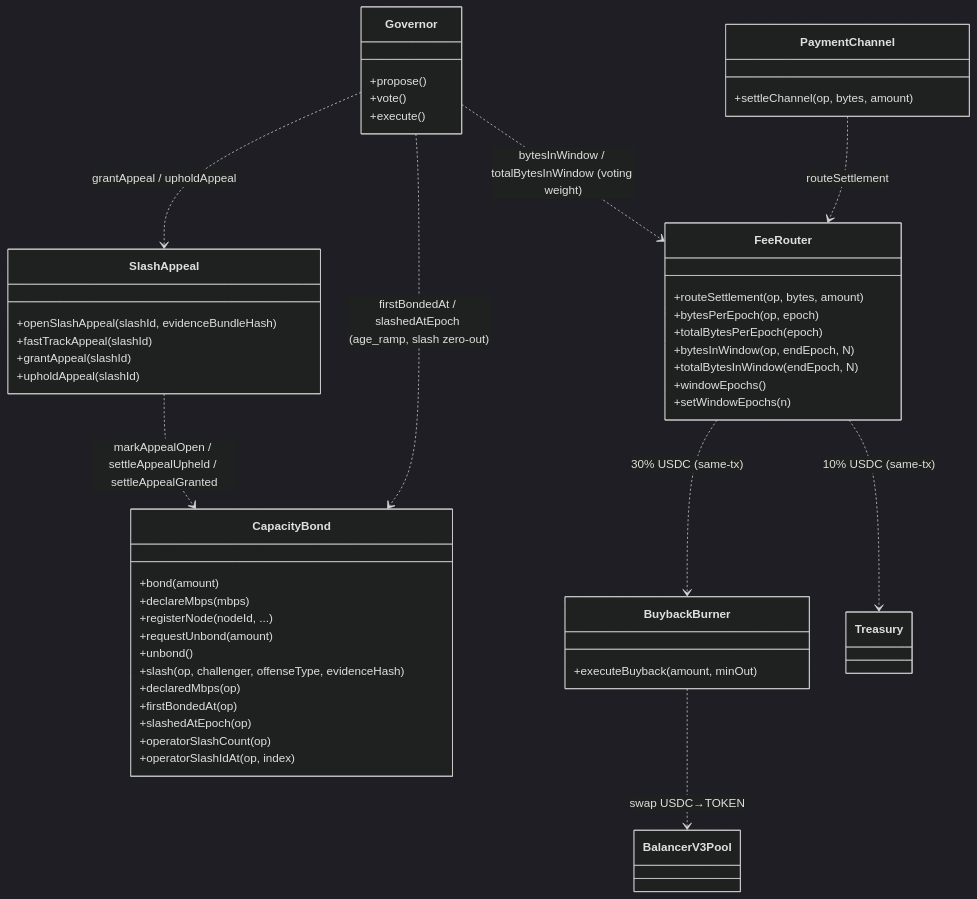
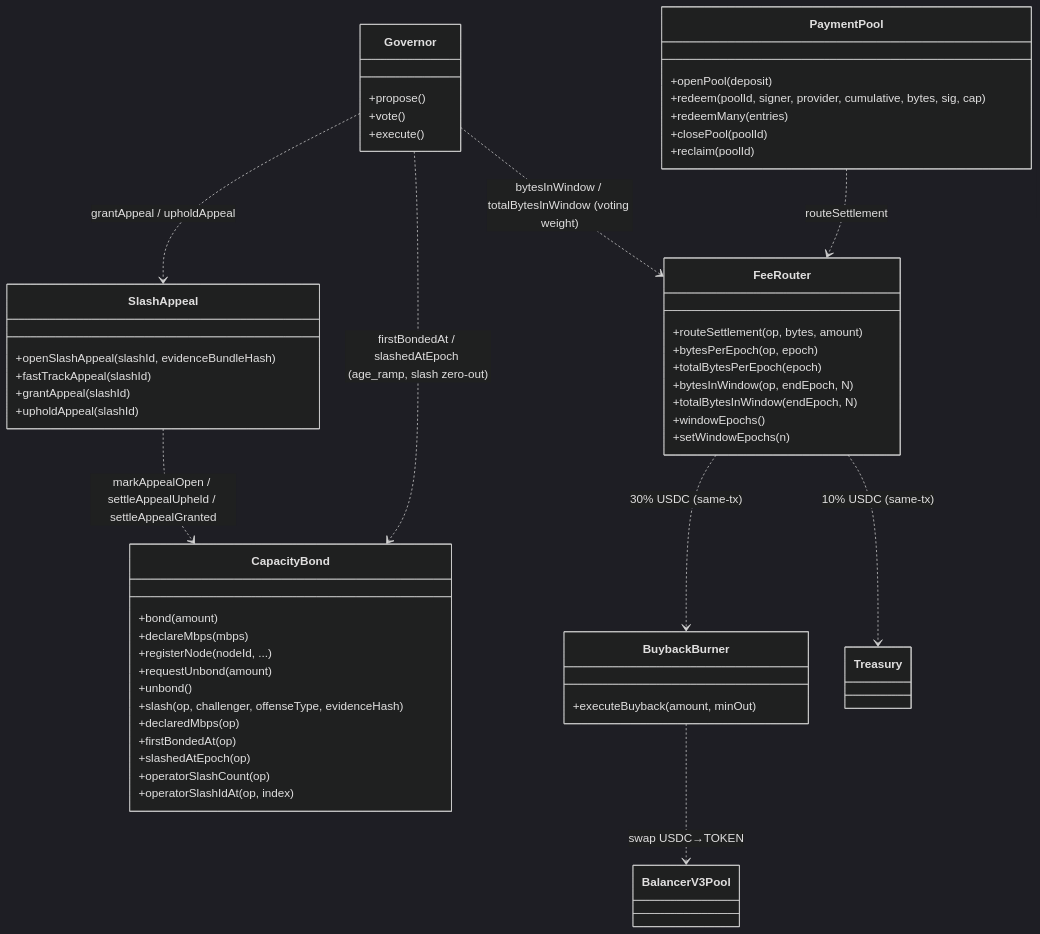
One commit to decdn/decdn changed the first of 5 diagrams in adr/016-contract-interactions.md. Above: the diagram before and after it, drawn with Mermaid (dark theme). The commit also changed other lines of this file and 29 other files, not shown here.

First line of the commit message:
docs(adr): adopt shared payment pool over pairwise channels (#1650)

````diff
--- a/adr/016-contract-interactions.md
+++ b/adr/016-contract-interactions.md
@@ -41,53 +41,57 @@
 ```mermaid
 classDiagram
-    class PaymentChannel {
-        +settleChannel(op, bytes, amount)
+    class PaymentPool {
+        +openPool(deposit)
+        +redeem(poolId, signer, provider, cumulative, bytes, sig, cap)
+        +redeemMany(entries)
+        +closePool(poolId)
+        +reclaim(poolId)
     }
     class FeeRouter {
         +routeSettlement(op, bytes, amount)
         +bytesPerEpoch(op, epoch)
         +totalBytesPerEpoch(epoch)
         +bytesInWindow(op, endEpoch, N)
         +totalBytesInWindow(endEpoch, N)
         +windowEpochs()
         +setWindowEpochs(n)
     }
     class CapacityBond {
         +bond(amount)
         +declareMbps(mbps)
         +registerNode(nodeId, ...)
         +requestUnbond(amount)
         +unbond()
         +slash(op, challenger, offenseType, evidenceHash)
         +declaredMbps(op)
         +firstBondedAt(op)
         +slashedAtEpoch(op)
         +operatorSlashCount(op)
         +operatorSlashIdAt(op, index)
     }
     class BuybackBurner {
         +executeBuyback(amount, minOut)
     }
     class SlashAppeal {
         +openSlashAppeal(slashId, evidenceBundleHash)
         +fastTrackAppeal(slashId)
         +grantAppeal(slashId)
         +upholdAppeal(slashId)
     }
     class Governor {
         +propose()
         +vote()
         +execute()
     }
     class Treasury
     class BalancerV3Pool
 
-    PaymentChannel ..> FeeRouter : routeSettlement
+    PaymentPool ..> FeeRouter : routeSettlement
     FeeRouter ..> BuybackBurner : 30% USDC (same-tx)
     FeeRouter ..> Treasury : 10% USDC (same-tx)
     BuybackBurner ..> BalancerV3Pool : swap USDC→TOKEN
     Governor ..> FeeRouter : bytesInWindow / totalBytesInWindow (voting weight)
     Governor ..> CapacityBond : firstBondedAt / slashedAtEpoch (age_ramp, slash zero-out)
     SlashAppeal ..> CapacityBond : markAppealOpen / settleAppealUpheld / settleAppealGranted
     Governor ..> SlashAppeal : grantAppeal / upholdAppeal
 ```
````
